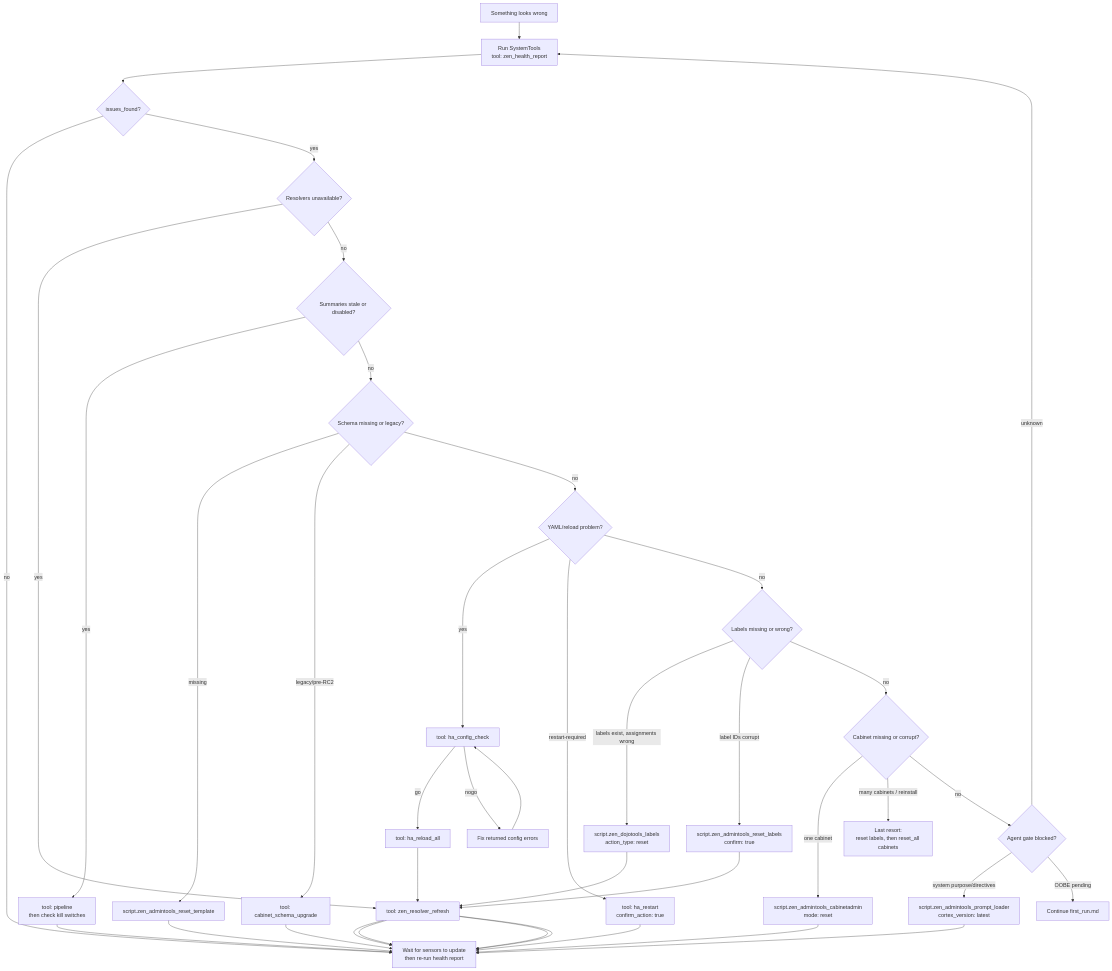
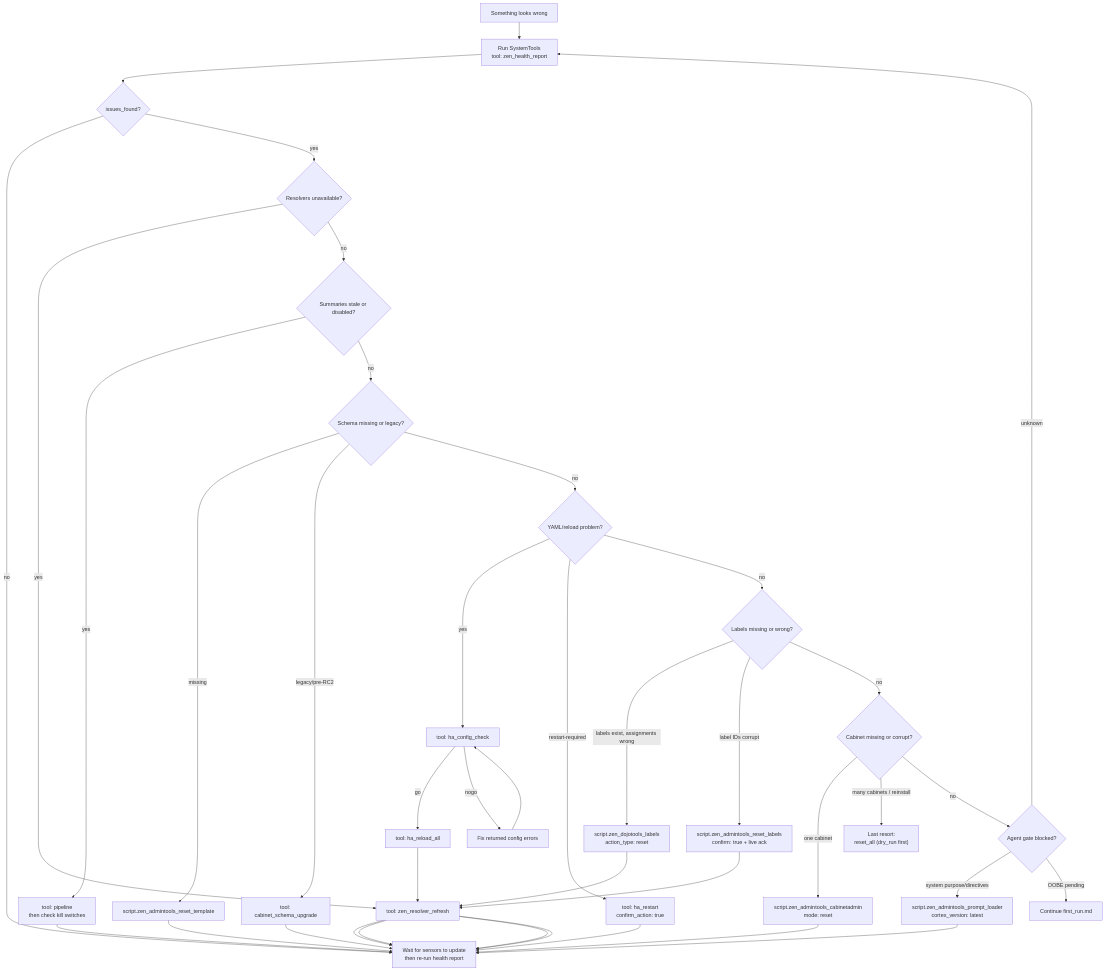
One commit to nathan-curtis/zenos-ai changed the third of 3 diagrams in zenos_ai/docs/getting_started/troubleshooting.md. Above: the diagram before and after it, drawn with Mermaid. The commit also changed other lines of this file and 18 other files, not shown here.

First line of the commit message:
feat(2026.11.0): a fresh install locks the FileCabinet; reset_all resets all

````diff
--- a/zenos_ai/docs/getting_started/troubleshooting.md
+++ b/zenos_ai/docs/getting_started/troubleshooting.md
@@ -217,54 +217,54 @@
 ```mermaid
 flowchart TD
   Start["Something looks wrong"]
   Health["Run SystemTools<br/>tool: zen_health_report"]
   Issues{"issues_found?"}
   Done["Wait for sensors to update<br/>then re-run health report"]
 
   ResolverBad{"Resolvers unavailable?"}
   SummariesBad{"Summaries stale or disabled?"}
   SchemaBad{"Schema missing or legacy?"}
   ConfigBad{"YAML/reload problem?"}
   LabelsBad{"Labels missing or wrong?"}
   CabinetsBad{"Cabinet missing or corrupt?"}
   AgentBad{"Agent gate blocked?"}
 
   Refresh["tool: zen_resolver_refresh"]
   PipelineTool["tool: pipeline<br/>then check kill switches"]
   ResetTemplate["script.zen_admintools_reset_template"]
   SchemaUpgrade["tool: cabinet_schema_upgrade"]
   ConfigCheck["tool: ha_config_check"]
   ReloadAll["tool: ha_reload_all"]
   Restart["tool: ha_restart<br/>confirm_action: true"]
   SoftLabels["script.zen_dojotools_labels<br/>action_type: reset"]
-  HardLabels["script.zen_admintools_reset_labels<br/>confirm: true"]
+  HardLabels["script.zen_admintools_reset_labels<br/>confirm: true + live ack"]
   SingleCab["script.zen_admintools_cabinetadmin<br/>mode: reset"]
   PromptLoader["script.zen_admintools_prompt_loader<br/>cortex_version: latest"]
-  Nuclear["Last resort:<br/>reset labels, then reset_all cabinets"]
+  Nuclear["Last resort:<br/>reset_all (dry_run first)"]
 
   Start --> Health --> Issues
   Issues -- "no" --> Done
   Issues -- "yes" --> ResolverBad
   ResolverBad -- "yes" --> Refresh --> Done
   ResolverBad -- "no" --> SummariesBad
   SummariesBad -- "yes" --> PipelineTool --> Done
   SummariesBad -- "no" --> SchemaBad
   SchemaBad -- "missing" --> ResetTemplate --> Done
   SchemaBad -- "legacy/pre-RC2" --> SchemaUpgrade --> Done
   SchemaBad -- "no" --> ConfigBad
   ConfigBad -- "yes" --> ConfigCheck
   ConfigCheck -- "go" --> ReloadAll --> Refresh --> Done
   ConfigCheck -- "nogo" --> Logs["Fix returned config errors"]
   Logs --> ConfigCheck
   ConfigBad -- "restart-required" --> Restart --> Done
   ConfigBad -- "no" --> LabelsBad
   LabelsBad -- "labels exist, assignments wrong" --> SoftLabels --> Refresh --> Done
   LabelsBad -- "label IDs corrupt" --> HardLabels --> Refresh --> Done
   LabelsBad -- "no" --> CabinetsBad
   CabinetsBad -- "one cabinet" --> SingleCab --> Done
   CabinetsBad -- "many cabinets / reinstall" --> Nuclear
   CabinetsBad -- "no" --> AgentBad
   AgentBad -- "system purpose/directives" --> PromptLoader --> Done
   AgentBad -- "OOBE pending" --> FirstRun["Continue first_run.md"]
   AgentBad -- "unknown" --> Health
 ```
````
